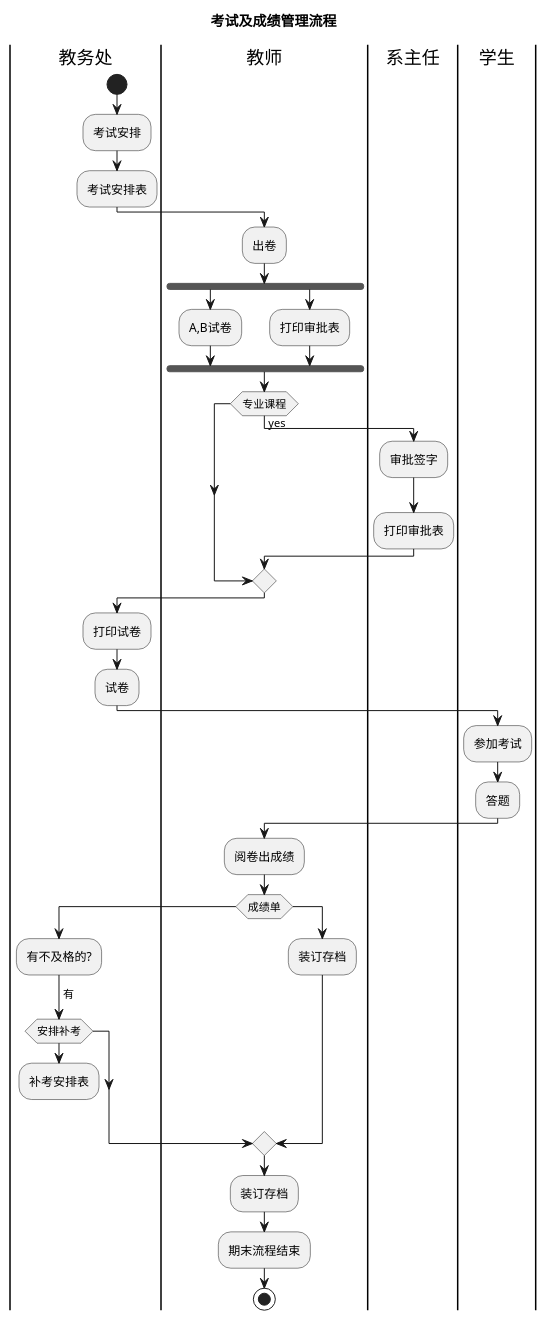
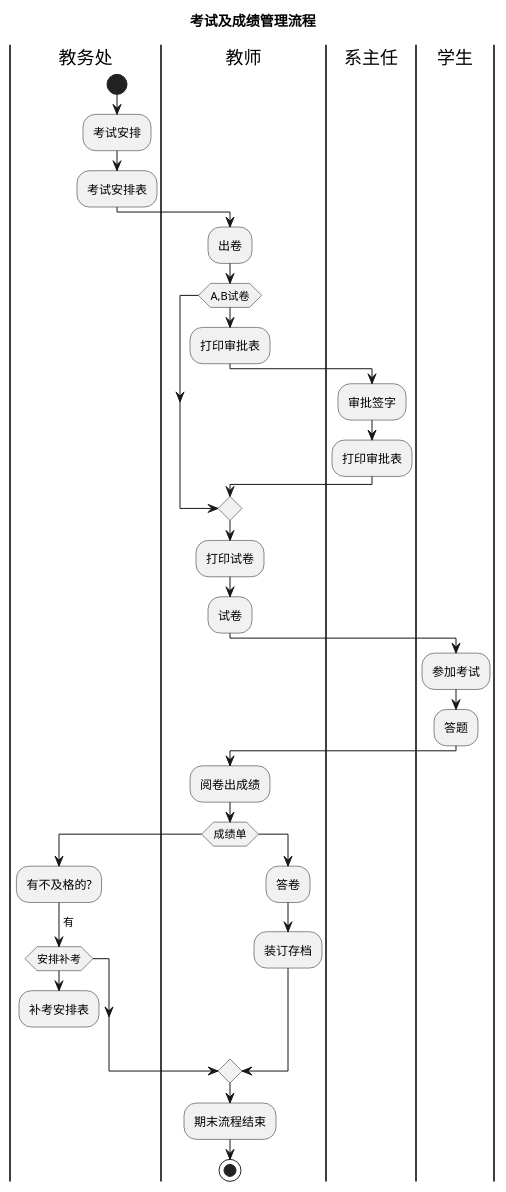
One commit to Frapschen/is_analysis changed the diagram in test1/test.puml. Above: the diagram before and after it, drawn with PlantUML. The commit also changed other lines of this file, not shown here.

Commit message:
最后修改

```diff
--- a/test1/test.puml
+++ b/test1/test.puml
@@ -1,42 +1,41 @@
 @startuml
 title 考试及成绩管理流程
 |教务处|
 start
 :考试安排;
 :考试安排表;
 |教师|
 :出卷;
-fork
-:A,B试卷;
-fork again
+if(A,B试卷)
+|教师|
+
+else
 :打印审批表;
-end fork
-if (专业课程) then (yes)
 |系主任|
 :审批签字;
 :打印审批表;
 endif
-|教务处|
+|教师|
 :打印试卷;
 :试卷;
 |学生|
 :参加考试;
 :答题;
 |教师|
 :阅卷出成绩;
 if(成绩单)
 |教务处|
 :有不及格的?;
 ->有;
 if(安排补考)
 :补考安排表;
 detach
 endif
 else
 |教师|
+:答卷;
 :装订存档;
 endif
-:装订存档;
 :期末流程结束;
 stop
 @enduml
```
